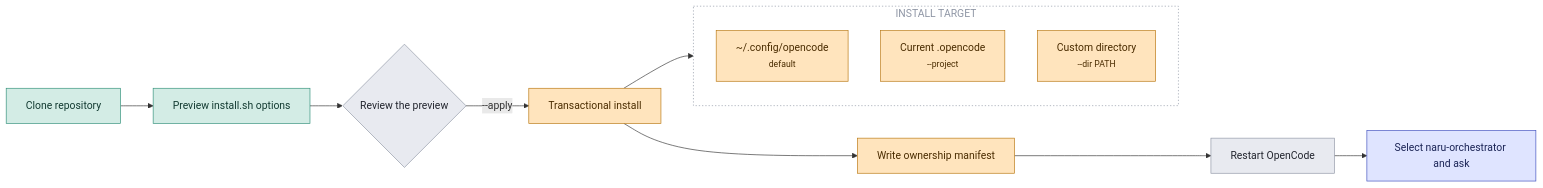
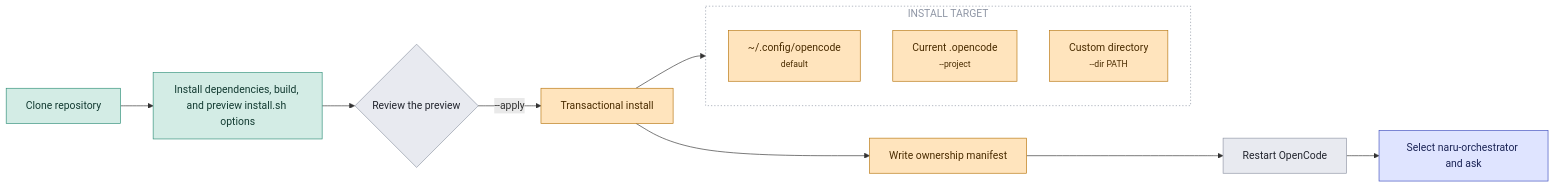
Before and after one commit to sean35mm/naru-opencode: the diagram in docs/src/content/docs/getting-started/installation.md, drawn with Mermaid. The commit also changed other lines of this file and 44 other files, not shown here.

````diff
--- a/docs/src/content/docs/getting-started/installation.md
+++ b/docs/src/content/docs/getting-started/installation.md
@@ -38,29 +47,29 @@
 ```mermaid
 flowchart LR
   A["Clone repository"]:::read
-  B["Preview install.sh options"]:::read
+  B["Install dependencies, build, and preview install.sh options"]:::read
   C{"Review the preview"}:::gate
   D["Transactional install"]:::write
   I["Write ownership manifest"]:::write
   J["Restart OpenCode"]:::gate
   K["Select naru-orchestrator and ask"]:::entry
 
   subgraph targets["INSTALL TARGET"]
     direction TB
     F["~/.config/opencode<br/><small>default</small>"]:::write
     G["Current .opencode<br/><small>--project</small>"]:::write
     H["Custom directory<br/><small>--dir PATH</small>"]:::write
   end
 
   A --> B --> C
   C -->|"--apply"| D
   D --> targets
   D --> I --> J --> K
 
   style targets fill:none,stroke:#8f96a5,stroke-dasharray:2 3,color:#8f96a5
 
   classDef entry fill:#dfe4ff,stroke:#3f4fbe,color:#1b2456
   classDef read fill:#d3ece5,stroke:#2f8f78,color:#123a31
   classDef write fill:#ffe4bd,stroke:#b8760f,color:#4a2c00
   classDef gate fill:#e8eaf0,stroke:#8f96a5,color:#22252e
 ```
````
